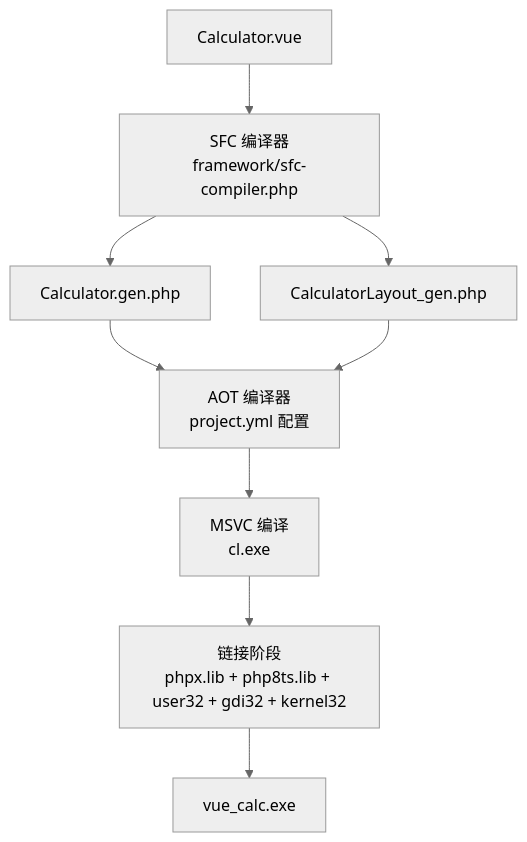
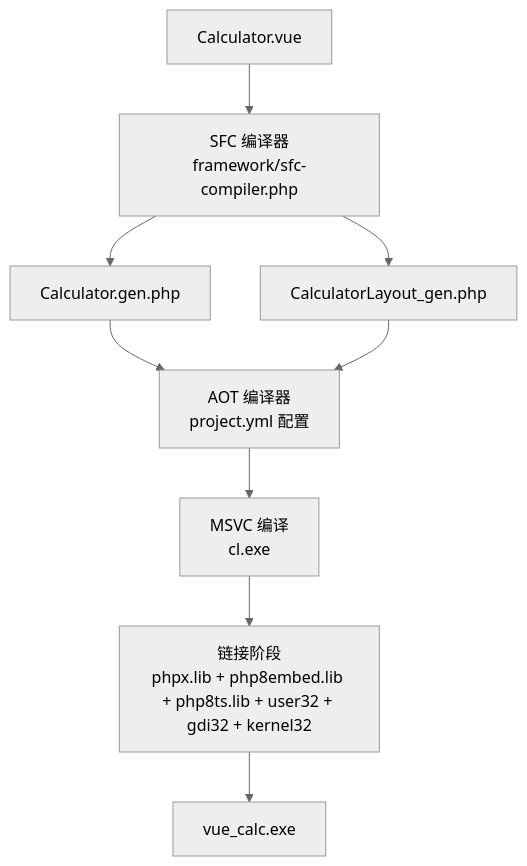
One commit to xingye00186/PHP-Data-UI-Framework-powered-by-swooleAOT changed the first of 9 diagrams in .qoder/repowiki/zh/content/构建和部署.md. Above: the diagram before and after it, drawn with Mermaid (neutral theme). The commit also changed other lines of this file and 3 other files, not shown here.

````diff
--- a/.qoder/repowiki/zh/content/构建和部署.md
+++ b/.qoder/repowiki/zh/content/构建和部署.md
@@ -49,11 +50,11 @@
 ```mermaid
 graph TB
 A["Calculator.vue"] --> B["SFC 编译器<br/>framework/sfc-compiler.php"]
 B --> C["Calculator.gen.php"]
 B --> D["CalculatorLayout_gen.php"]
 C --> E["AOT 编译器<br/>project.yml 配置"]
 D --> E
 E --> F["MSVC 编译<br/>cl.exe"]
-F --> G["链接阶段<br/>phpx.lib + php8ts.lib + user32 + gdi32 + kernel32"]
+F --> G["链接阶段<br/>phpx.lib + php8embed.lib + php8ts.lib + user32 + gdi32 + kernel32"]
 G --> H["vue_calc.exe"]
 ```
````
